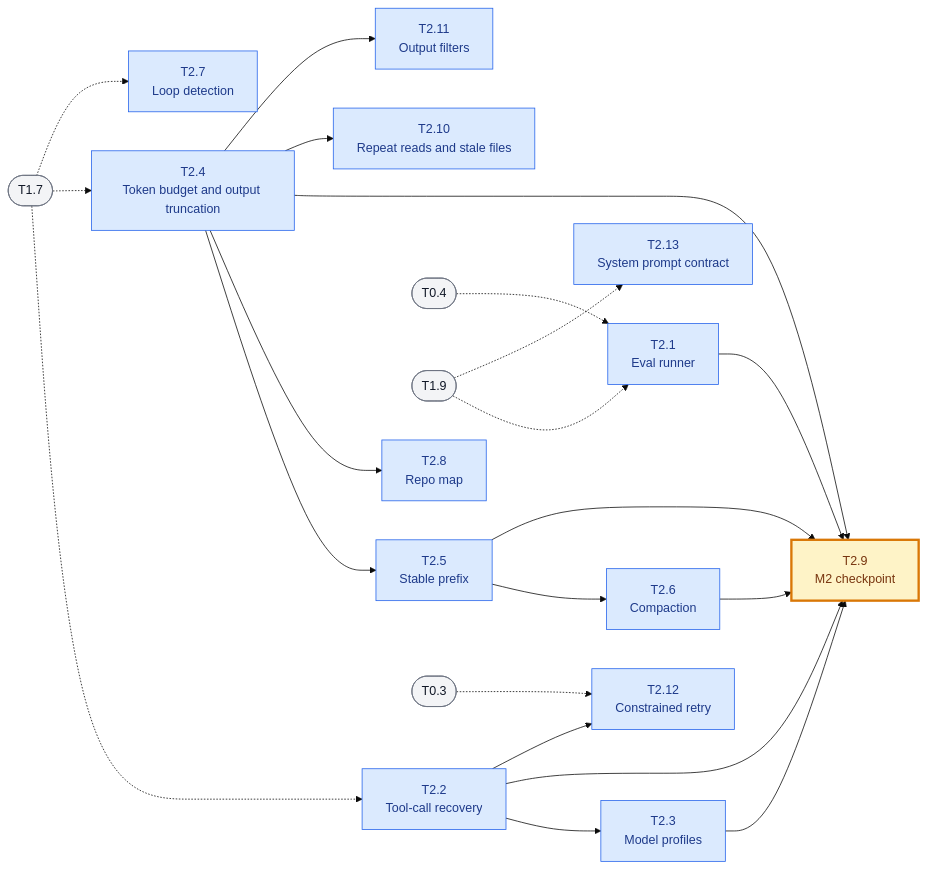
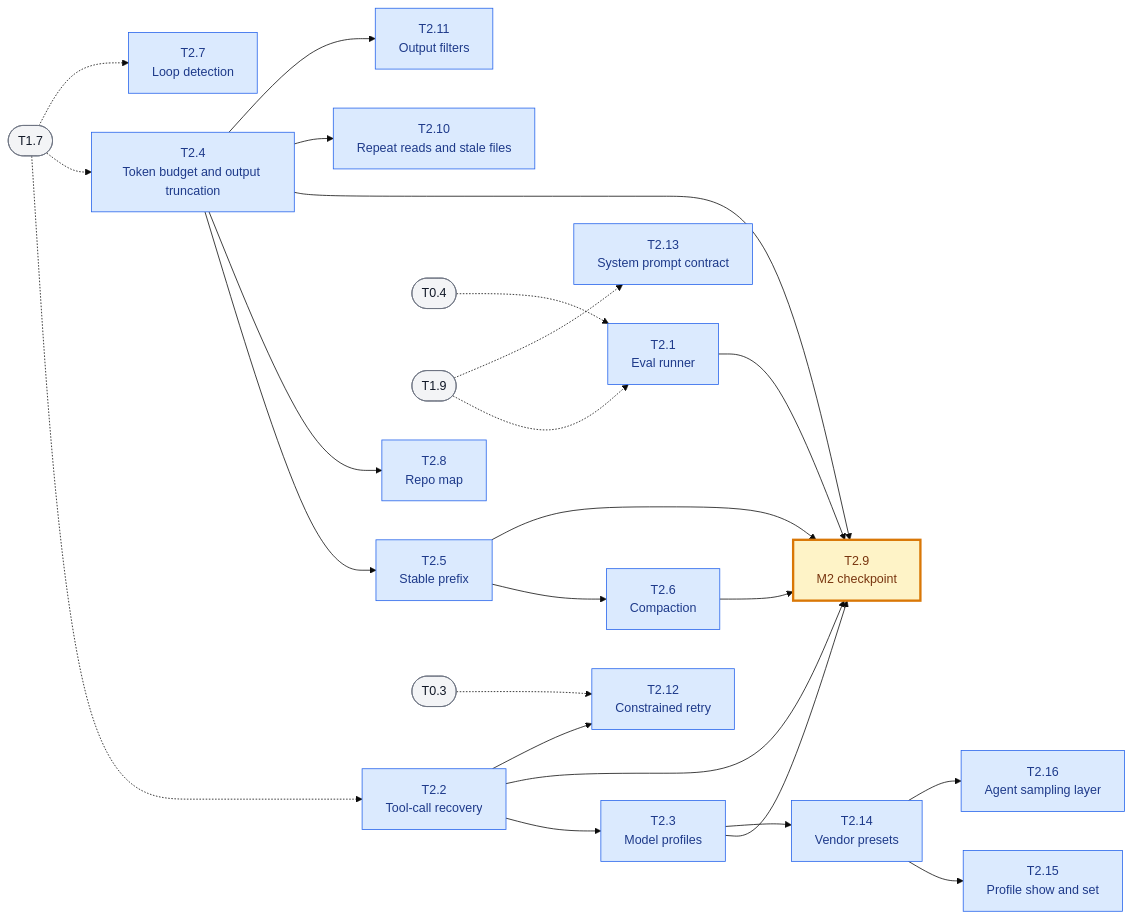
Before and after one commit to fzzinchemical/Praxis: the third of 13 diagrams in docs/TASKS.md, drawn with Mermaid (base theme). The commit also changed other lines of this file and 11 other files, not shown here.

First line of the commit message:
feat(profile): use the vendor's sampling preset as the lowest layer (T2.14)

````diff
--- a/docs/TASKS.md
+++ b/docs/TASKS.md
@@ -174,49 +174,55 @@
 ```mermaid
 flowchart LR
     T2_1["T2.1<br/>Eval runner"]
     T2_2["T2.2<br/>Tool-call recovery"]
     T2_3["T2.3<br/>Model profiles"]
     T2_4["T2.4<br/>Token budget and output truncation"]
     T2_5["T2.5<br/>Stable prefix"]
     T2_6["T2.6<br/>Compaction"]
     T2_7["T2.7<br/>Loop detection"]
     T2_8["T2.8<br/>Repo map"]
     T2_9["T2.9<br/>M2 checkpoint"]
     T0_4(["T0.4"])
     T1_7(["T1.7"])
     T1_9(["T1.9"])
     T1_9 -.-> T2_1
     T0_4 -.-> T2_1
     T1_7 -.-> T2_2
     T2_2 --> T2_3
     T1_7 -.-> T2_4
     T2_4 --> T2_5
     T2_5 --> T2_6
     T1_7 -.-> T2_7
     T2_4 --> T2_8
     T2_1 --> T2_9
     T2_2 --> T2_9
     T2_3 --> T2_9
     T2_4 --> T2_9
     T2_5 --> T2_9
     T2_6 --> T2_9
     T2_10["T2.10<br/>Repeat reads and stale files"]
     T2_11["T2.11<br/>Output filters"]
     T2_12["T2.12<br/>Constrained retry"]
     T0_3(["T0.3"])
     T2_13["T2.13<br/>System prompt contract"]
     T2_4 --> T2_10
     T2_4 --> T2_11
     T2_2 --> T2_12
     T0_3 -.-> T2_12
     T1_9 -.-> T2_13
+    T2_14["T2.14<br/>Vendor presets"]
+    T2_15["T2.15<br/>Profile show and set"]
+    T2_16["T2.16<br/>Agent sampling layer"]
+    T2_3 --> T2_14
+    T2_14 --> T2_15
+    T2_14 --> T2_16
 
     classDef task fill:#dbeafe,stroke:#2563eb,color:#1e3a8a
     classDef human fill:#fef3c7,stroke:#d97706,color:#78350f,stroke-width:3px
     classDef other fill:#f3f4f6,stroke:#6b7280,color:#111827
     class T2_1,T2_2,T2_3,T2_4,T2_5,T2_6,T2_7,T2_8 task
     class T2_9 human
     class T0_4,T1_7,T1_9 other
-    class T2_10,T2_11,T2_12,T2_13 task
+    class T2_10,T2_11,T2_12,T2_13,T2_14,T2_15,T2_16 task
     class T0_3 other
 ```
````
